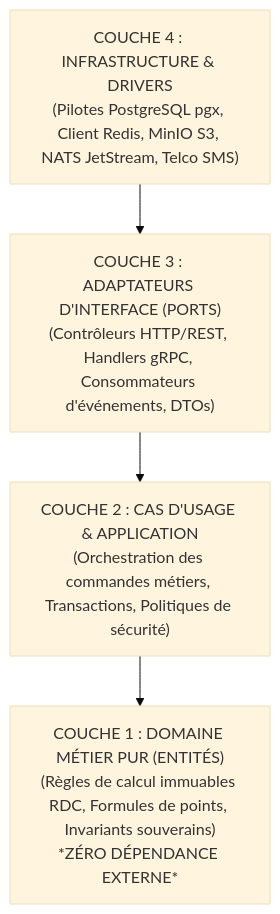
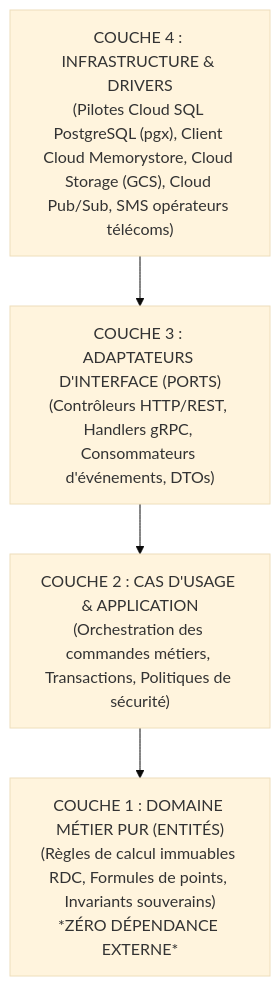
Before and after one commit to Adolphechris/clenel-elysium: the first of 2 diagrams in tome-7/111/README.md, drawn with Mermaid (base theme). The commit also changed other lines of this file and 39 other files, not shown here.

````diff
--- a/tome-7/111/README.md
+++ b/tome-7/111/README.md
@@ -20,11 +20,11 @@
 ```mermaid
 graph TD
-    INFRA["COUCHE 4 : INFRASTRUCTURE & DRIVERS\n(Pilotes PostgreSQL pgx, Client Redis, MinIO S3, NATS JetStream, Telco SMS)"]
+    INFRA["COUCHE 4 : INFRASTRUCTURE & DRIVERS\n(Pilotes Cloud SQL PostgreSQL (pgx), Client Cloud Memorystore, Cloud Storage (GCS), Cloud Pub/Sub, SMS opérateurs télécoms)"]
     ADAPT["COUCHE 3 : ADAPTATEURS D'INTERFACE (PORTS)\n(Contrôleurs HTTP/REST, Handlers gRPC, Consommateurs d'événements, DTOs)"]
     APP["COUCHE 2 : CAS D'USAGE & APPLICATION\n(Orchestration des commandes métiers, Transactions, Politiques de sécurité)"]
     DOM["COUCHE 1 : DOMAINE MÉTIER PUR (ENTITÉS)\n(Règles de calcul immuables RDC, Formules de points, Invariants souverains)\n*ZÉRO DÉPENDANCE EXTERNE*"]
 
     INFRA --> ADAPT
     ADAPT --> APP
     APP --> DOM
 ```
````
